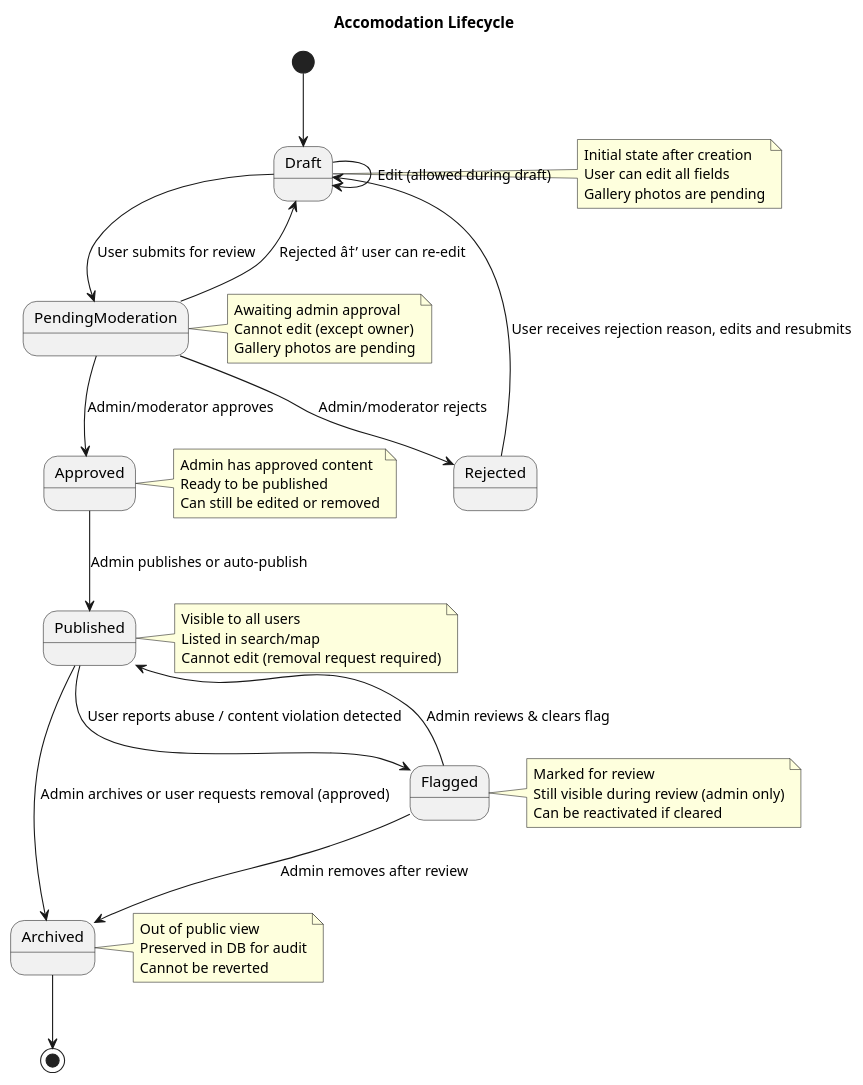
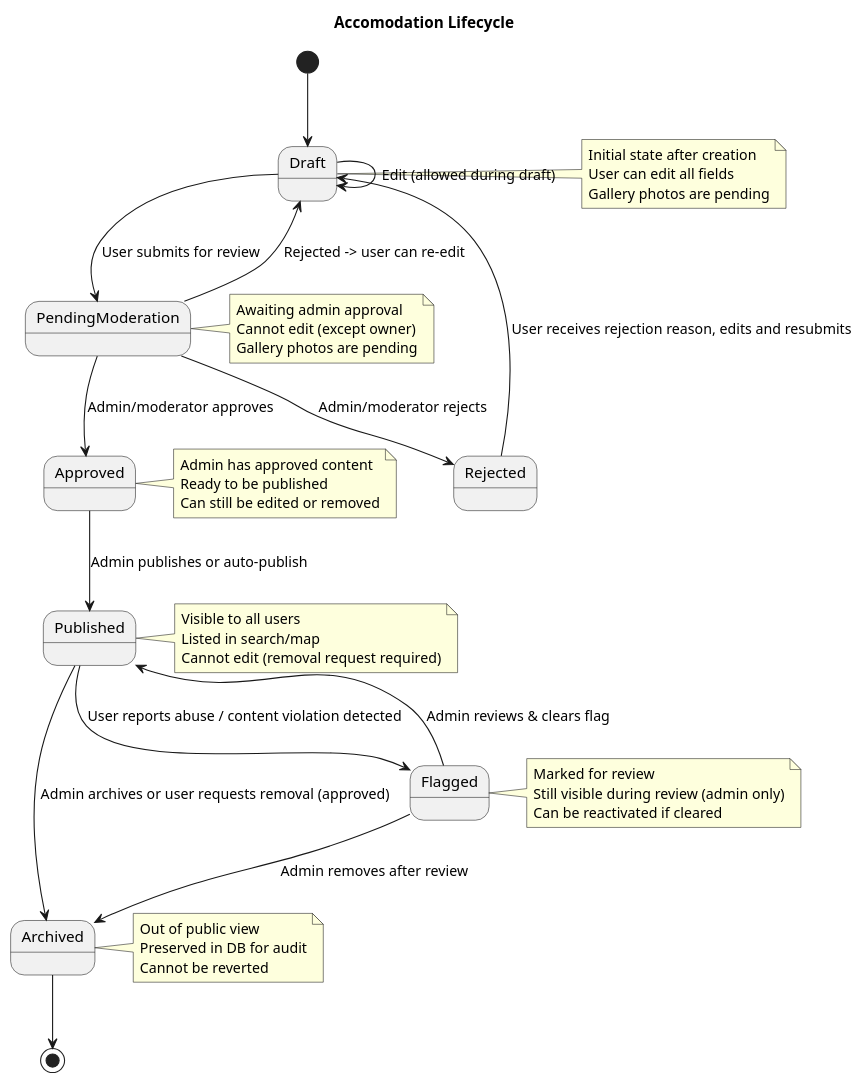
The diagram in docs/diagrams/state-accommodation-lifecycle.puml (alegna83/cookbook-be), drawn with PlantUML before and after one commit. The commit also changed 18 other files, not shown here.

Commit message:
feat: improve accommodation submission flow and diagram readability

```diff
--- a/docs/diagrams/state-accommodation-lifecycle.puml
+++ b/docs/diagrams/state-accommodation-lifecycle.puml
@@ -1,60 +1,60 @@
 @startuml Accomodation Lifecycle State Machine
 title Accomodation Lifecycle
 
 [*] --> Draft
 
 Draft --> PendingModeration: User submits for review
 Draft --> Draft: Edit (allowed during draft)
 
 PendingModeration --> Approved: Admin/moderator approves
 PendingModeration --> Rejected: Admin/moderator rejects
-PendingModeration --> Draft: Rejected â†’ user can re-edit
+PendingModeration --> Draft: Rejected -> user can re-edit
 
 Approved --> Published: Admin publishes or auto-publish
 Published --> Archived: Admin archives or user requests removal (approved)
 Published --> Flagged: User reports abuse / content violation detected
 
 Flagged --> Archived: Admin removes after review
 Flagged --> Published: Admin reviews & clears flag
 
 Rejected --> Draft: User receives rejection reason, edits and resubmits
 
 Archived --> [*]
 
 note right of Draft
   Initial state after creation
   User can edit all fields
   Gallery photos are pending
 end note
 
 note right of PendingModeration
   Awaiting admin approval
   Cannot edit (except owner)
   Gallery photos are pending
 end note
 
 note right of Approved
   Admin has approved content
   Ready to be published
   Can still be edited or removed
 end note
 
 note right of Published
   Visible to all users
   Listed in search/map
   Cannot edit (removal request required)
 end note
 
 note right of Archived
   Out of public view
   Preserved in DB for audit
   Cannot be reverted
 end note
 
 note right of Flagged
   Marked for review
   Still visible during review (admin only)
   Can be reactivated if cleared
 end note
 
 @enduml
```
